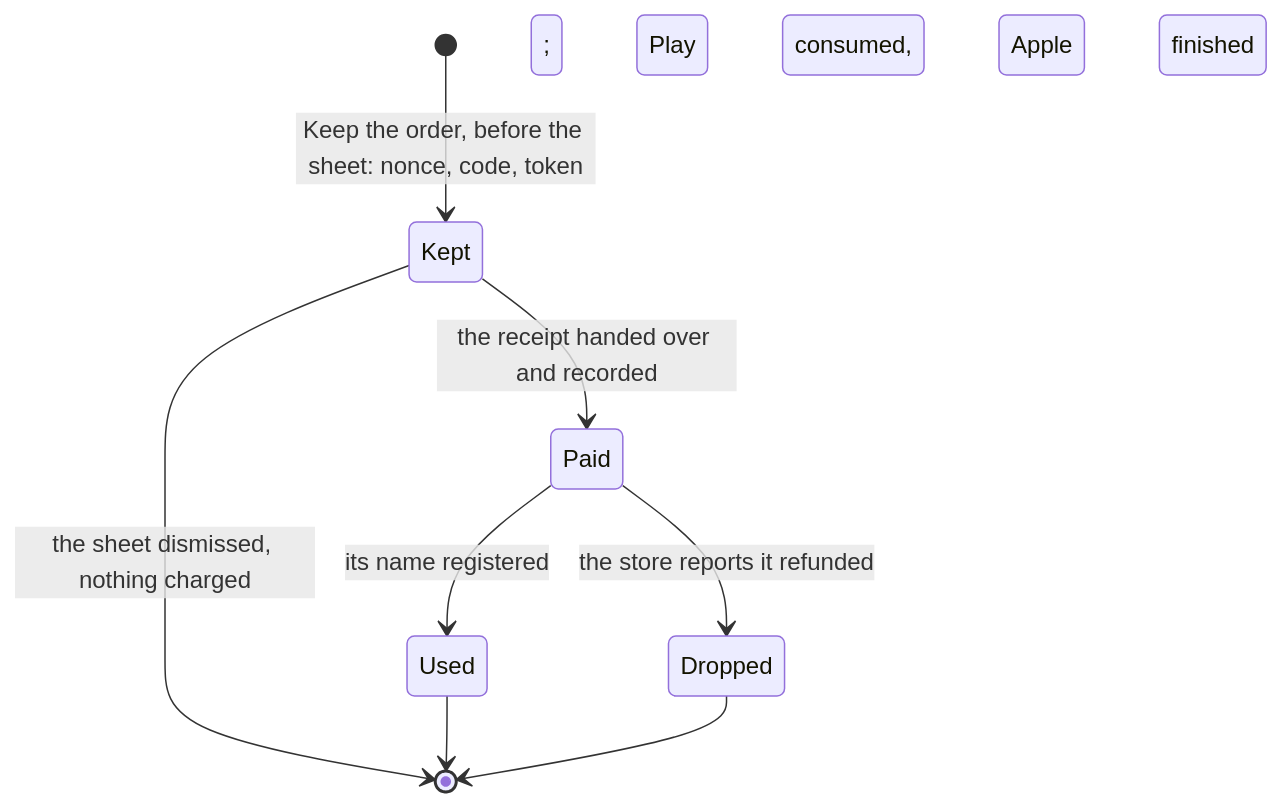
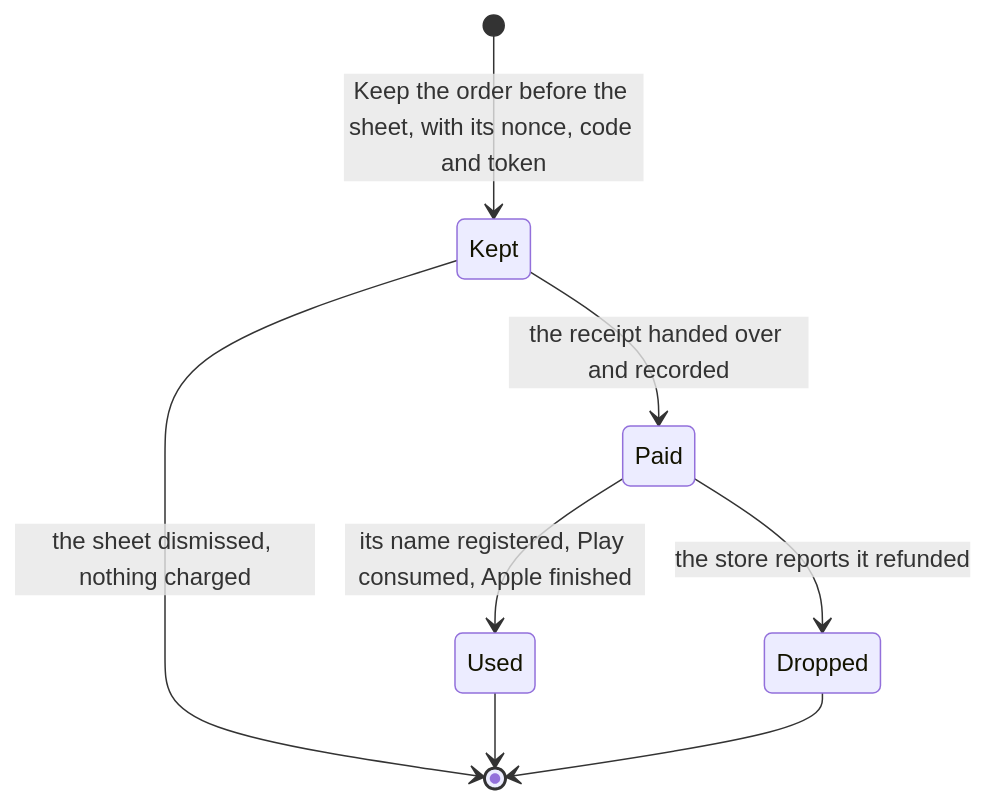
The fourth of 12 diagrams in plans/2026-10-30-names-in-app-purchases.md (simplex-chat/simplex-chat), drawn with Mermaid before and after one commit. The commit also changed other lines of this file, not shown here.

Commit message:
docs: names plan diagrams render on GitHub

````diff
--- a/plans/2026-10-30-names-in-app-purchases.md
+++ b/plans/2026-10-30-names-in-app-purchases.md
@@ -608,10 +608,10 @@
 ```mermaid
 stateDiagram-v2
-  [*] --> Kept: Keep the order, before the sheet: nonce, code, token
+  [*] --> Kept: Keep the order before the sheet, with its nonce, code and token
   Kept --> Paid: the receipt handed over and recorded
   Kept --> [*]: the sheet dismissed, nothing charged
-  Paid --> Used: its name registered; Play consumed, Apple finished
+  Paid --> Used: its name registered, Play consumed, Apple finished
   Paid --> Dropped: the store reports it refunded
   Used --> [*]
   Dropped --> [*]
 ```
````
